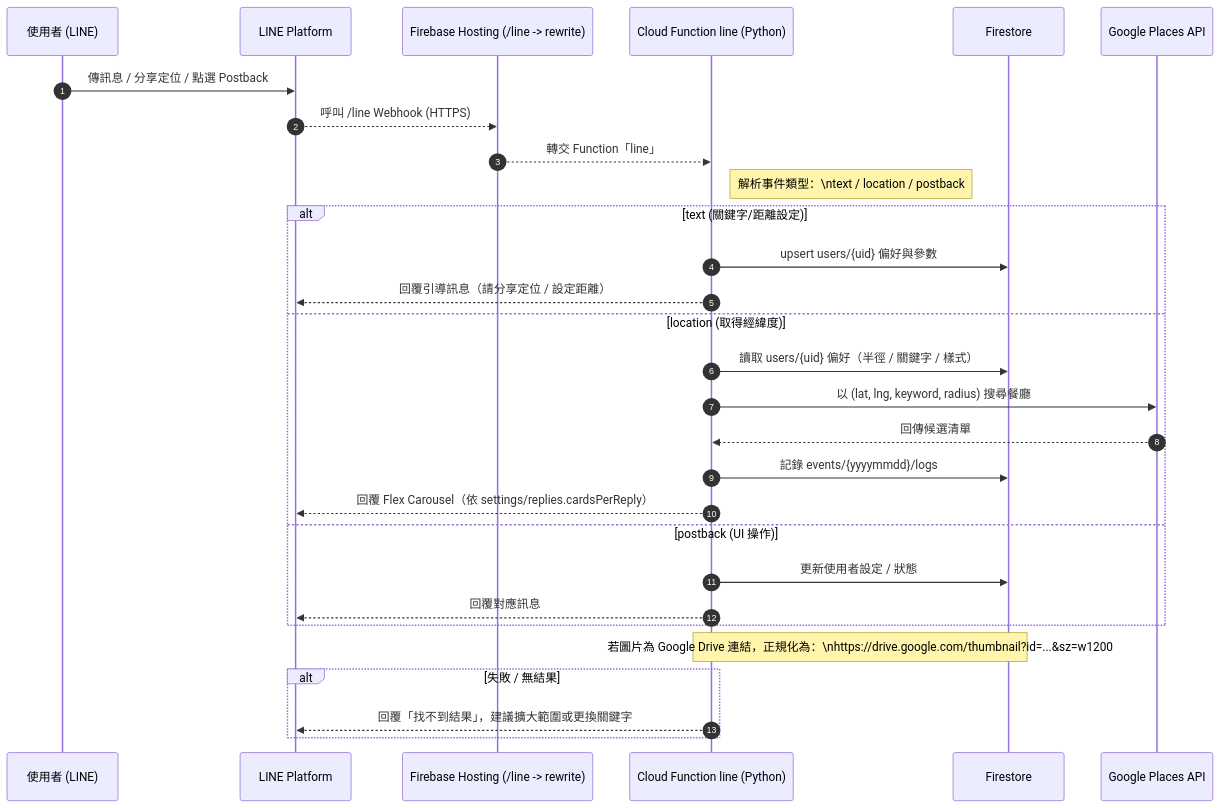
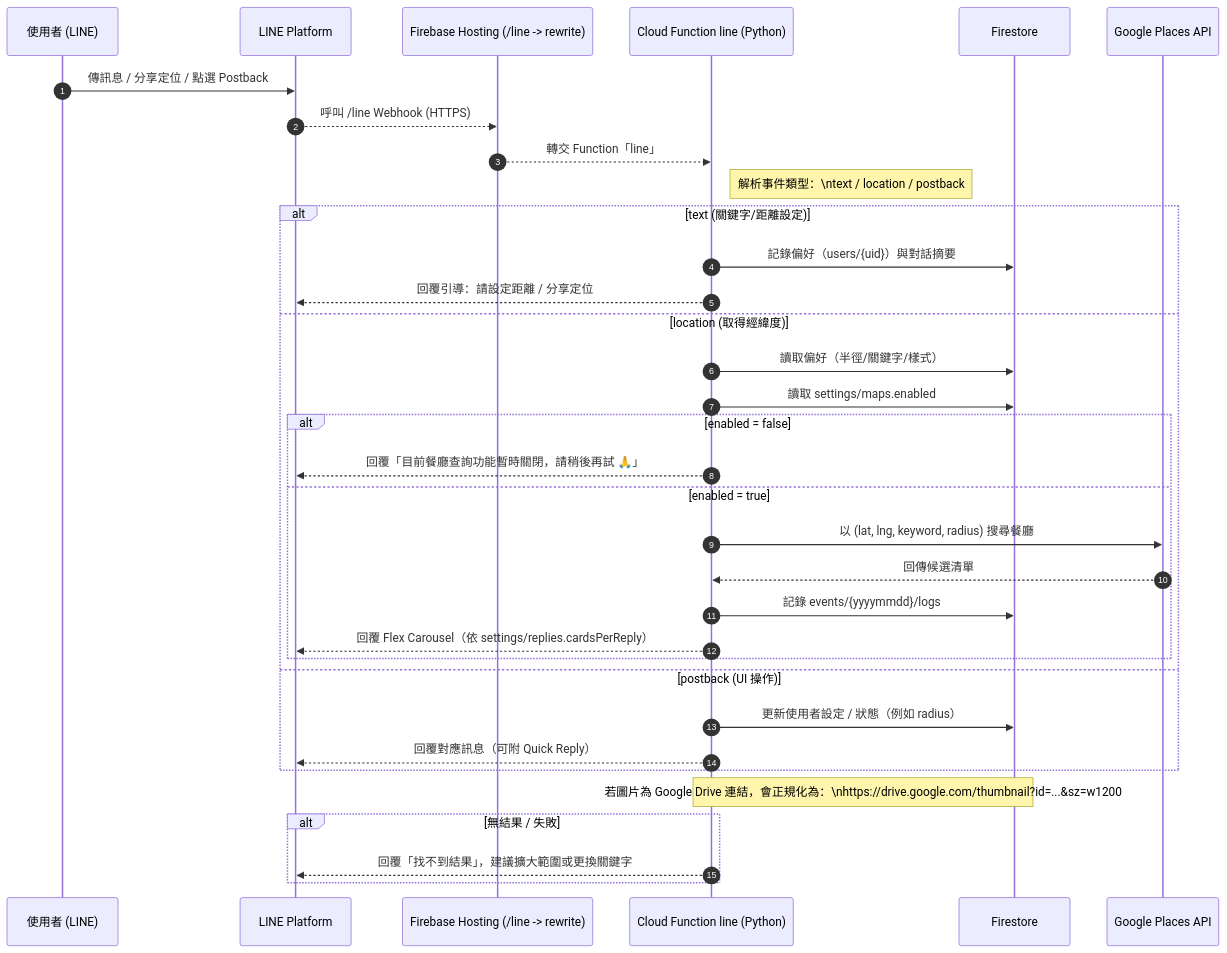
Before and after one commit to blueskycm/what-to-eat-now: the diagram in README.md, drawn with Mermaid. The commit also changed other lines of this file and 1 other file, not shown here.

Commit message:
20251028 feat: 支援後台一鍵關閉 Maps 功能並更新文件說明

````diff
--- a/README.md
+++ b/README.md
@@ -132,37 +132,41 @@
 ```mermaid
 sequenceDiagram
     autonumber
-    %% GitHub 版不支援 `hide footbox`，改用 participant 以避免上下各一個人像
     participant U as 使用者 (LINE)
     participant L as LINE Platform
     participant H as Firebase Hosting (/line -> rewrite)
     participant F as Cloud Function line (Python)
     participant FS as Firestore
     participant GP as Google Places API
 
     U->>L: 傳訊息 / 分享定位 / 點選 Postback
     L-->>H: 呼叫 /line Webhook (HTTPS)
     H-->>F: 轉交 Function「line」
 
     Note right of F: 解析事件類型：\ntext / location / postback
 
     alt text (關鍵字/距離設定)
-      F->>FS: upsert users/{uid} 偏好與參數
-      F-->>L: 回覆引導訊息（請分享定位 / 設定距離）
+      F->>FS: 記錄偏好（users/{uid}）與對話摘要
+      F-->>L: 回覆引導：請設定距離 / 分享定位
     else location (取得經緯度)
-      F->>FS: 讀取 users/{uid} 偏好（半徑 / 關鍵字 / 樣式）
-      F->>GP: 以 (lat, lng, keyword, radius) 搜尋餐廳
-      GP-->>F: 回傳候選清單
-      F->>FS: 記錄 events/{yyyymmdd}/logs
-      F-->>L: 回覆 Flex Carousel（依 settings/replies.cardsPerReply）
+      F->>FS: 讀取偏好（半徑/關鍵字/樣式）
+      F->>FS: 讀取 settings/maps.enabled
+      alt enabled = false
+        F-->>L: 回覆「目前餐廳查詢功能暫時關閉，請稍後再試 🙏」
+      else enabled = true
+        F->>GP: 以 (lat, lng, keyword, radius) 搜尋餐廳
+        GP-->>F: 回傳候選清單
+        F->>FS: 記錄 events/{yyyymmdd}/logs
+        F-->>L: 回覆 Flex Carousel（依 settings/replies.cardsPerReply）
+      end
     else postback (UI 操作)
-      F->>FS: 更新使用者設定 / 狀態
-      F-->>L: 回覆對應訊息
+      F->>FS: 更新使用者設定 / 狀態（例如 radius）
+      F-->>L: 回覆對應訊息（可附 Quick Reply）
     end
 
-    Note over F,FS: 若圖片為 Google Drive 連結，正規化為：\nhttps://drive.google.com/thumbnail?id=...&sz=w1200
+    Note over F,FS: 若圖片為 Google Drive 連結，會正規化為：\nhttps://drive.google.com/thumbnail?id=...&sz=w1200
 
-    alt 失敗 / 無結果
+    alt 無結果 / 失敗
       F-->>L: 回覆「找不到結果」，建議擴大範圍或更換關鍵字
     end
 ```
````
